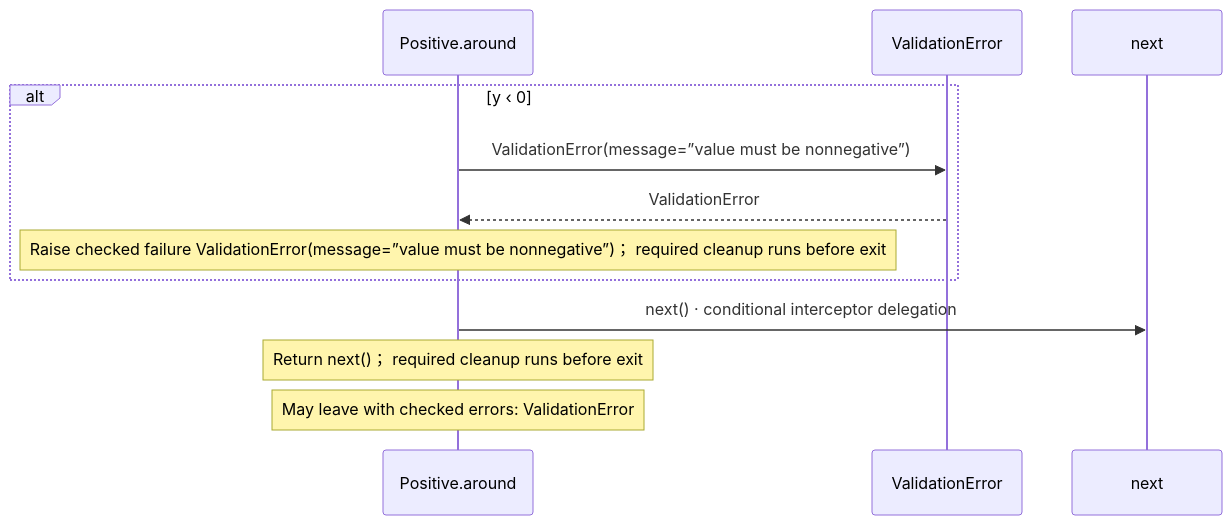
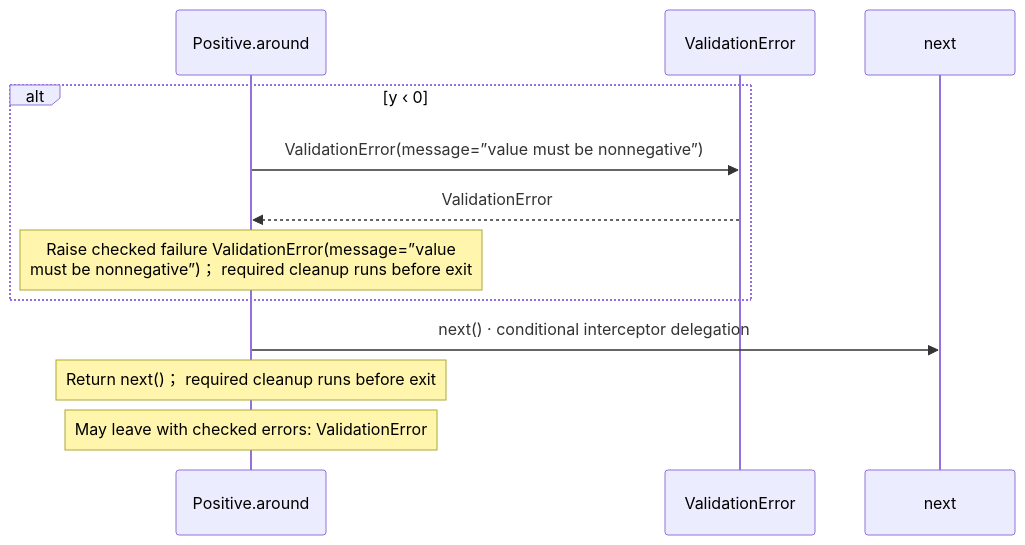
One commit to GreenPandaStudios/augscript changed the fourth of 5 diagrams in docs/examples/interceptors/interceptors-diagrams.md. Above: the diagram before and after it, drawn with Mermaid. The commit also changed 200 other files, not shown here.

Commit message:
Group imported operations and wrap readable sequence messages

````diff
--- a/docs/examples/interceptors/interceptors-diagrams.md
+++ b/docs/examples/interceptors/interceptors-diagrams.md
@@ -80,14 +80,14 @@
 ```mermaid
 sequenceDiagram
     participant p0 as Positive.around
     participant p1 as ValidationError
     participant p2 as next
     alt y ‹ 0
     p0->>p1: ValidationError(message=”value must be nonnegative”)
     p1-->>p0: ValidationError
-    Note over p0: Raise checked failure ValidationError(message=”value must be nonnegative”)； required cleanup runs before exit
+    Note over p0: Raise checked failure ValidationError(message=”value<br/>must be nonnegative”)； required cleanup runs before exit
     end
     p0->>p2: next() · conditional interceptor delegation
     Note over p0: Return next()； required cleanup runs before exit
     Note over p0: May leave with checked errors: ValidationError
 ```
````
